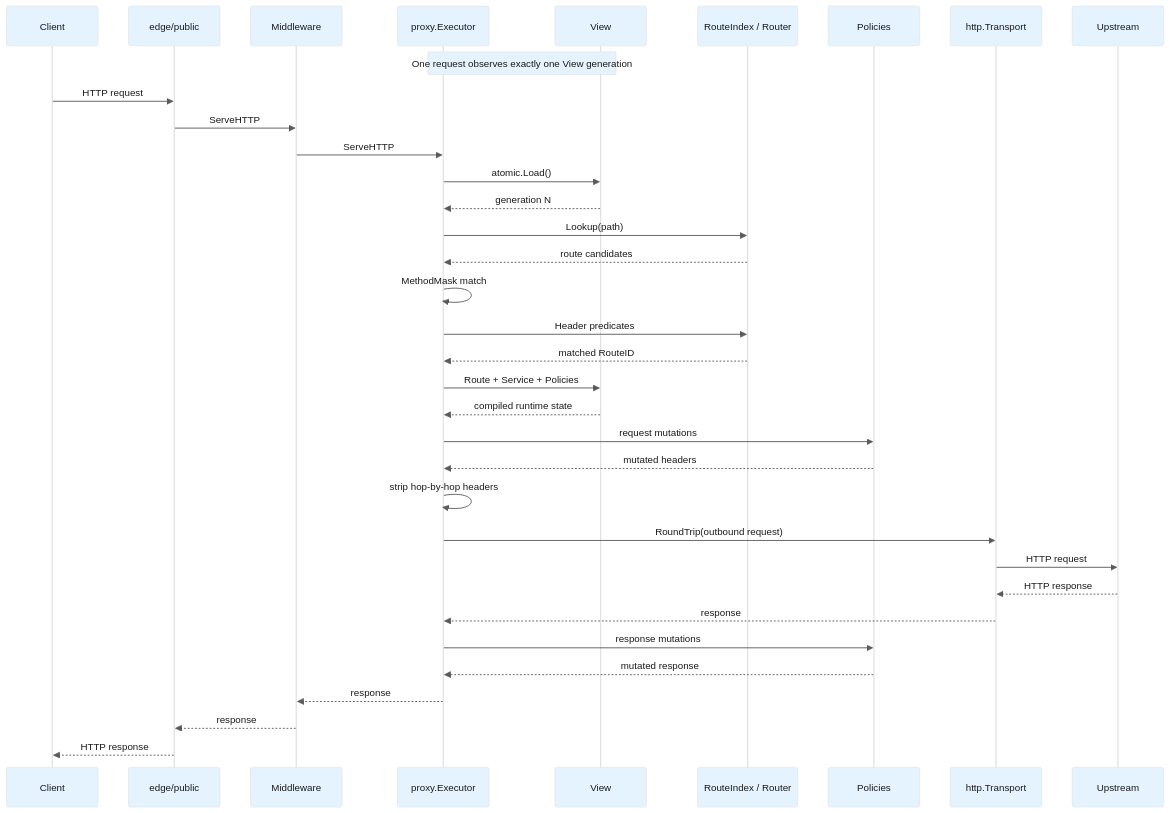
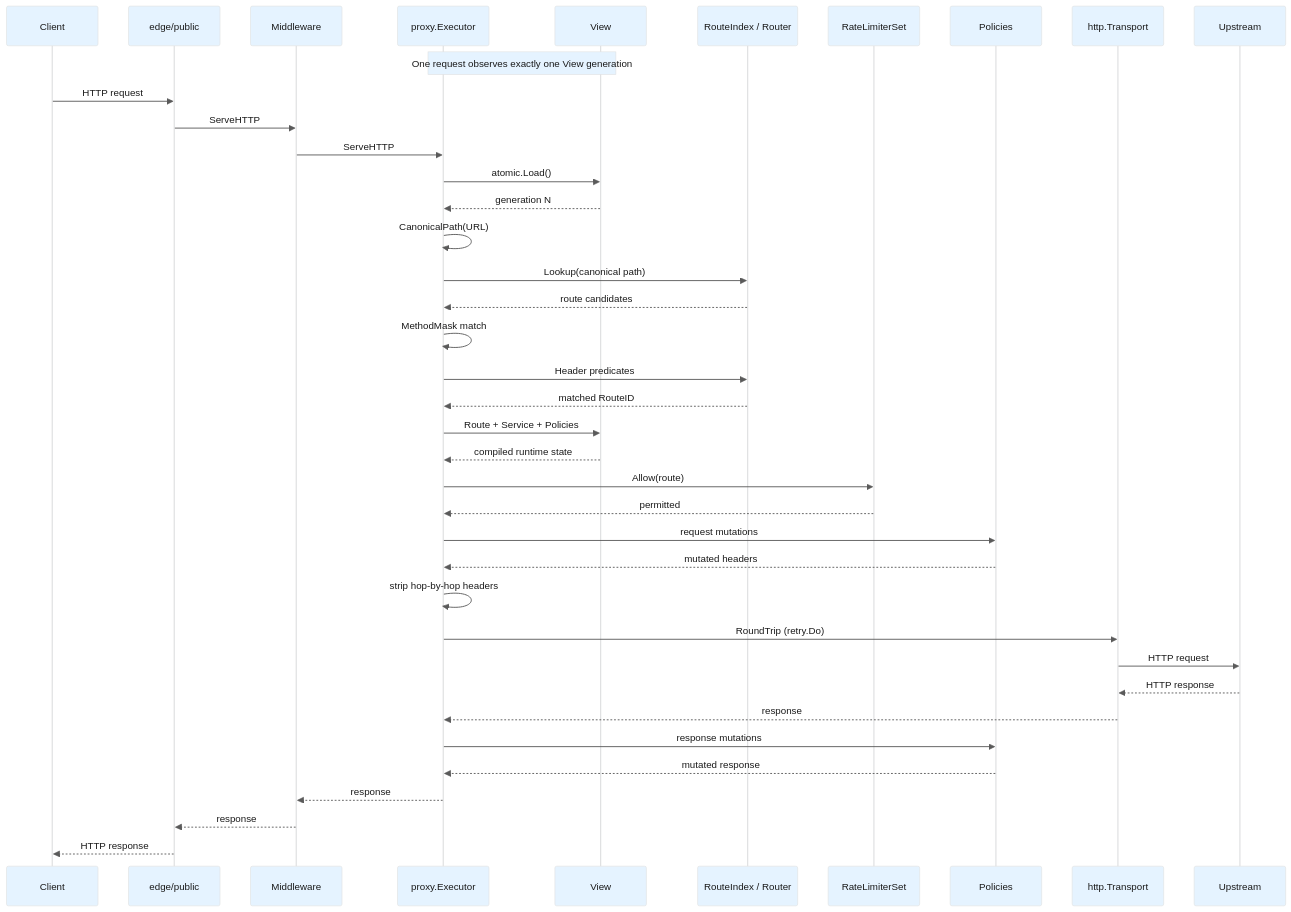
One commit to HAL-X9/aegis changed the second of 3 diagrams in ARCHITECTURE.md. Above: the diagram before and after it, drawn with Mermaid. The commit also changed other lines of this file and 23 other files, not shown here.

````diff
--- a/ARCHITECTURE.md
+++ b/ARCHITECTURE.md
@@ -58,49 +60,55 @@
 ```mermaid
 %%{init: {'theme':'base', 'themeVariables': {'actorBkg':'#e5f3ff','actorBorder':'#e0e1e2','actorTextColor':'#1a1a1a','actorLineColor':'#e0e1e2','signalColor':'#5a5a5a','signalTextColor':'#1a1a1a','noteBkgColor':'#e5f3ff','noteBorderColor':'#e0e1e2','noteTextColor':'#1a1a1a','sequenceNumberColor':'#1a1a1a'}}}%%
 sequenceDiagram
     participant C as Client
     participant E as edge/public
     participant M as Middleware
     participant X as proxy.Executor
     participant V as View
     participant R as RouteIndex / Router
+    participant L as RateLimiterSet
     participant P as Policies
     participant T as http.Transport
     participant U as Upstream
 
     Note over V,X: One request observes exactly one View generation
 
     C->>E: HTTP request
     E->>M: ServeHTTP
     M->>X: ServeHTTP
 
     X->>V: atomic.Load()
     V-->>X: generation N
 
-    X->>R: Lookup(path)
+    X->>X: CanonicalPath(URL)
+
+    X->>R: Lookup(canonical path)
     R-->>X: route candidates
 
     X->>X: MethodMask match
     X->>R: Header predicates
     R-->>X: matched RouteID
 
     X->>V: Route + Service + Policies
     V-->>X: compiled runtime state
 
+    X->>L: Allow(route)
+    L-->>X: permitted
+
     X->>P: request mutations
     P-->>X: mutated headers
 
     X->>X: strip hop-by-hop headers
-    X->>T: RoundTrip(outbound request)
+    X->>T: RoundTrip (retry.Do)
 
     T->>U: HTTP request
     U-->>T: HTTP response
     T-->>X: response
 
     X->>P: response mutations
     P-->>X: mutated response
 
     X-->>M: response
     M-->>E: response
     E-->>C: HTTP response
 ```
````
